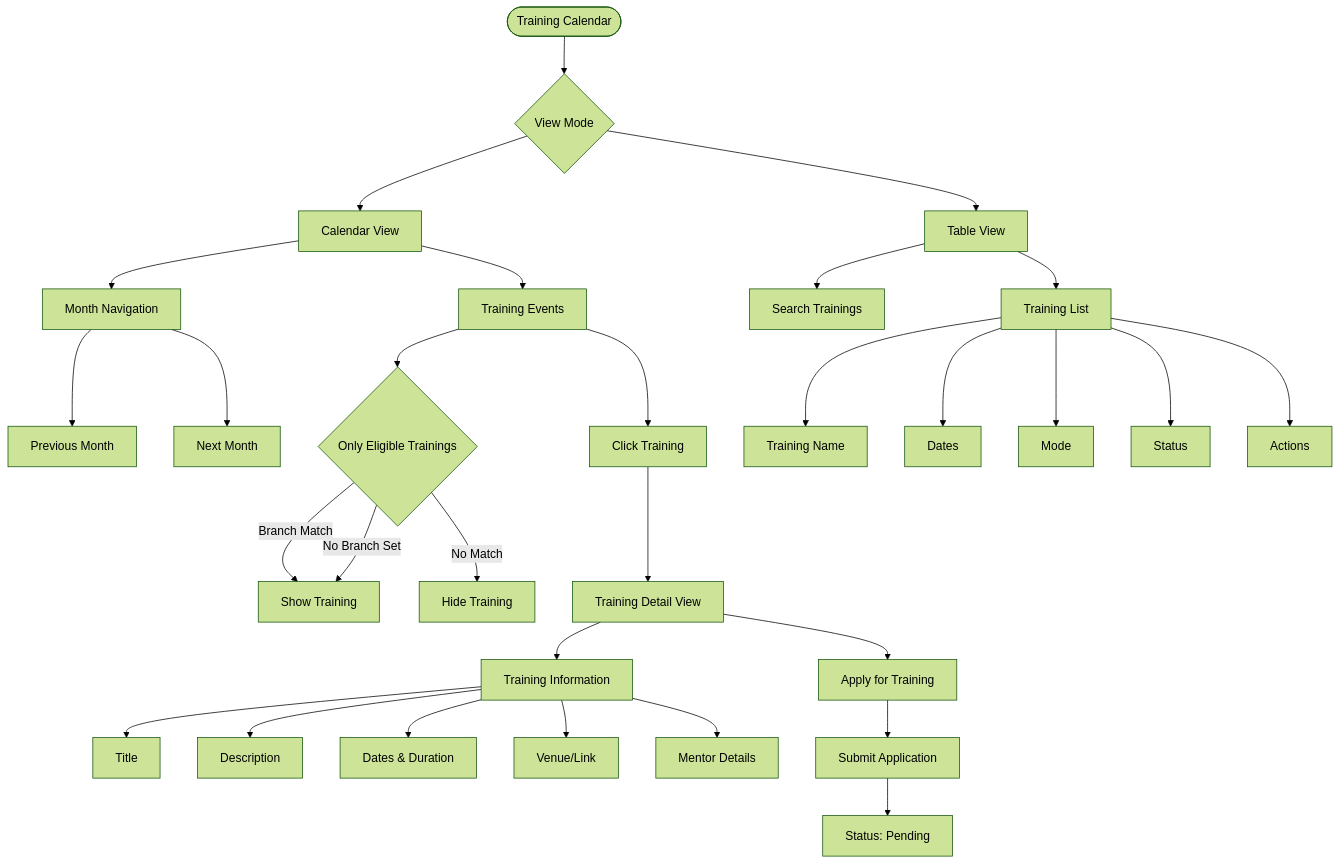
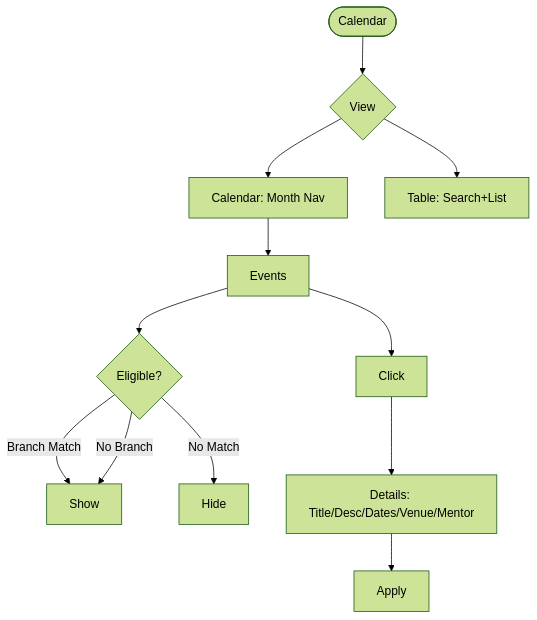
Diagram 16 of 49 in TRAINING_CALENDAR_FLOW_DIAGRAMS.md (gunjangupta-gh/placeintern), drawn with Mermaid (forest theme) before and after one commit. The commit also changed other lines of this file and 6 other files, not shown here.

````diff
--- a/TRAINING_CALENDAR_FLOW_DIAGRAMS.md
+++ b/TRAINING_CALENDAR_FLOW_DIAGRAMS.md
@@ -600,39 +249,10 @@
 ```mermaid
 flowchart TD
-    CALENDAR([Training Calendar]) --> VIEW_MODE{View Mode}
-
-    VIEW_MODE --> CAL_VIEW[Calendar View]
-    VIEW_MODE --> TABLE_VIEW[Table View]
-
-    CAL_VIEW --> MONTH_NAV[Month Navigation]
-    MONTH_NAV --> PREV[Previous Month]
-    MONTH_NAV --> NEXT[Next Month]
-
-    CAL_VIEW --> EVENTS[Training Events]
-    EVENTS --> ELIGIBLE{Only Eligible Trainings}
-    ELIGIBLE --> |Branch Match| SHOW[Show Training]
-    ELIGIBLE --> |No Branch Set| SHOW
-    ELIGIBLE --> |No Match| HIDE[Hide Training]
-
-    EVENTS --> CLICK[Click Training]
-    CLICK --> DETAIL_VIEW[Training Detail View]
-
-    TABLE_VIEW --> SEARCH[Search Trainings]
-    TABLE_VIEW --> LIST[Training List]
-    LIST --> NAME_COL[Training Name]
-    LIST --> DATES_COL[Dates]
-    LIST --> MODE_COL[Mode]
-    LIST --> STATUS_COL[Status]
-    LIST --> ACTIONS_COL[Actions]
-
-    DETAIL_VIEW --> INFO[Training Information]
-    INFO --> TITLE[Title]
-    INFO --> DESC[Description]
-    INFO --> DATES[Dates & Duration]
-    INFO --> VENUE[Venue/Link]
-    INFO --> MENTOR[Mentor Details]
-
-    DETAIL_VIEW --> APPLY_BTN[Apply for Training]
-    APPLY_BTN --> SUBMIT_APP[Submit Application]
-    SUBMIT_APP --> PENDING[Status: Pending]
+    A([Calendar])-->B{View}
+    B-->C[Calendar: Month Nav]-->D[Events]-->E{Eligible?}
+    E-->|Branch Match|F[Show]
+    E-->|No Branch|F
+    E-->|No Match|G[Hide]
+    D-->H[Click]-->I[Details: Title/Desc/Dates/Venue/Mentor]-->J[Apply]
+    B-->K[Table: Search+List]
 ```
````
